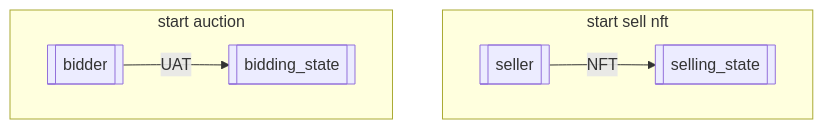
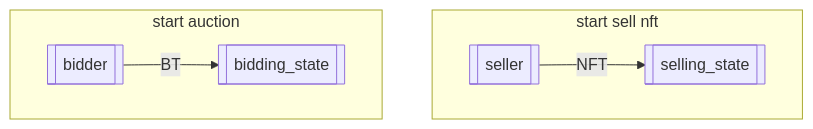
One commit to UnUniFi/chain changed the second of 7 diagrams in x/nftmarket/spec/03_auction_state.md. Above: the diagram before and after it, drawn with Mermaid. The commit also changed other lines of this file, not shown here.

Commit message:
feat: change token unit uat to bt

````diff
--- a/x/nftmarket/spec/03_auction_state.md
+++ b/x/nftmarket/spec/03_auction_state.md
@@ -46,13 +46,13 @@
 ```mermaid
 flowchart TD
 subgraph start sell nft
 	seller1[[seller]]
 	selling_state[[selling_state]]
 	seller1--NFT--> selling_state
 end
 subgraph start auction
 	bidder1[[bidder]]
 	bidding_state1[[bidding_state]]
-	bidder1 --UAT--> bidding_state1
+	bidder1 --BT--> bidding_state1
 end
 ```
````
